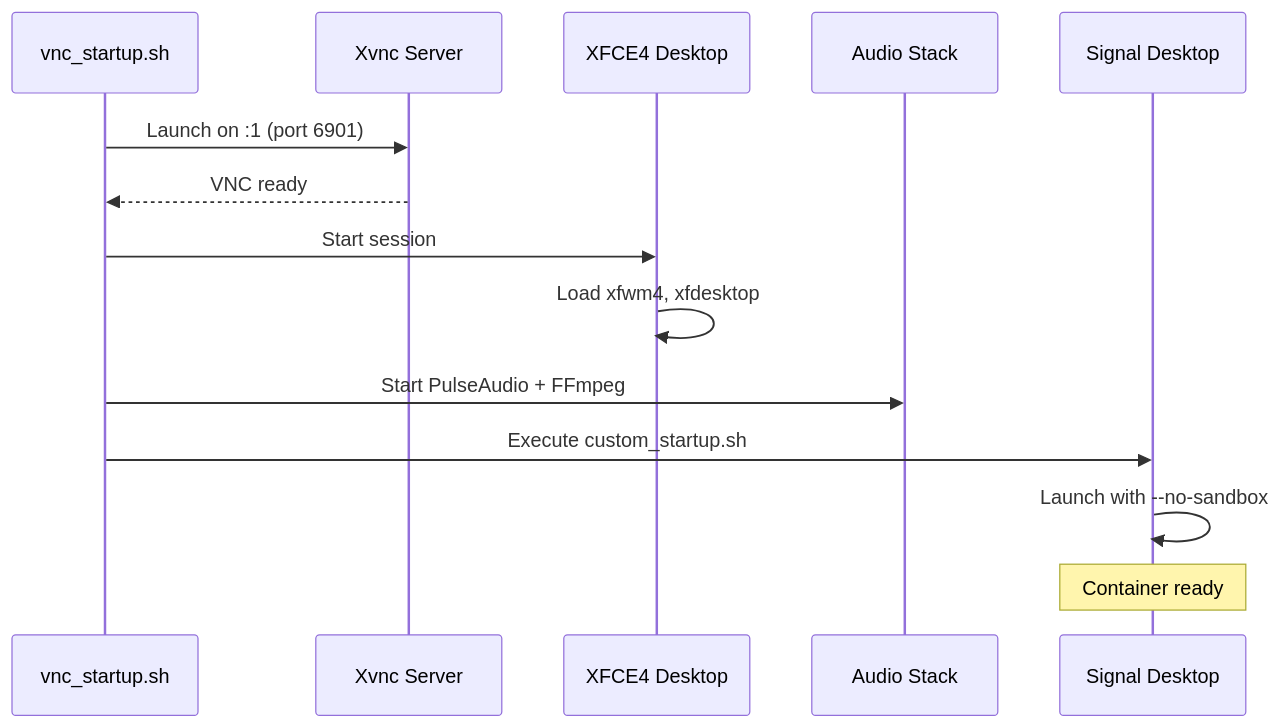
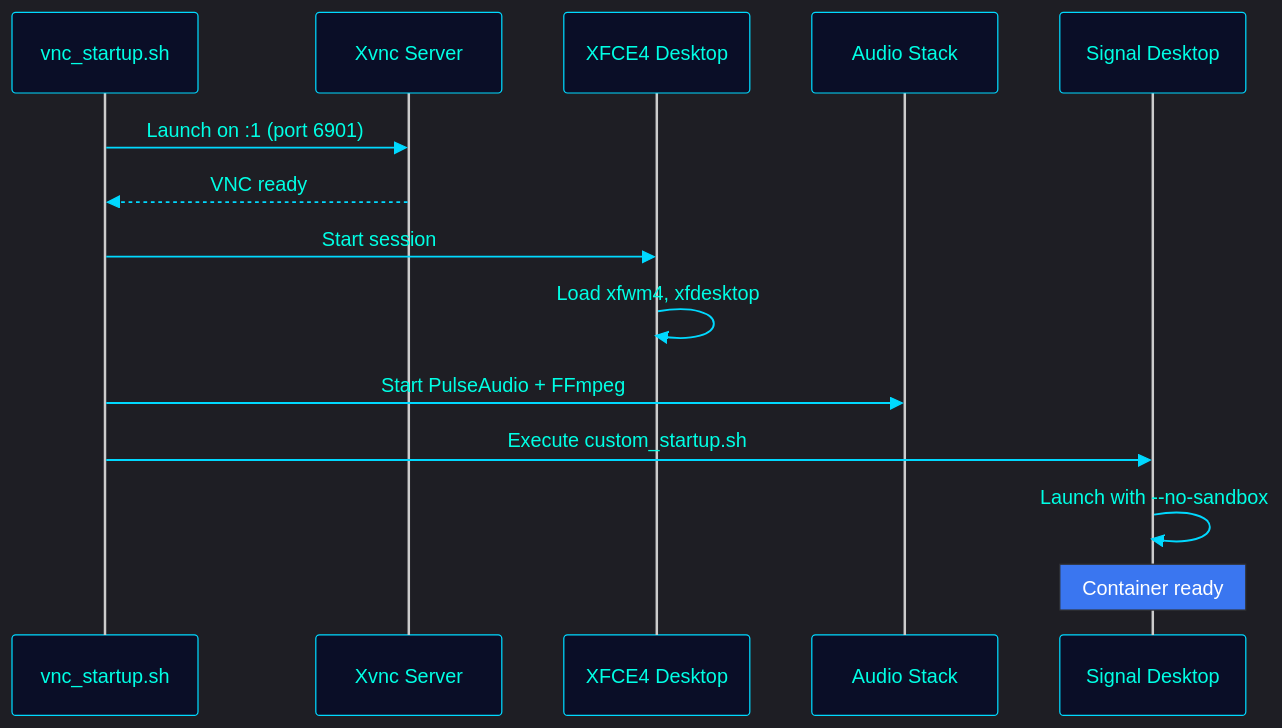
The first of 2 diagrams in docs/architecture/container.md (drengskapur/ghostwire), drawn with Mermaid before and after one commit. The commit also changed other lines of this file and 7 other files, not shown here.

````diff
--- a/docs/architecture/container.md
+++ b/docs/architecture/container.md
@@ -23,17 +23,18 @@
 ```mermaid
+%%{init: {'theme': 'dark', 'themeVariables': { 'actorBkg': '#0A0E27', 'actorTextColor': '#00FFE5', 'actorBorder': '#00D9FF', 'signalColor': '#00D9FF', 'signalTextColor': '#00FFE5', 'labelBoxBkgColor': '#0A0E27', 'labelTextColor': '#00FFE5', 'noteBkgColor': '#3A76F0', 'noteTextColor': '#fff'}}}%%
 sequenceDiagram
     participant Init as vnc_startup.sh
     participant Xvnc as Xvnc Server
     participant XFCE as XFCE4 Desktop
     participant Audio as Audio Stack
     participant Signal as Signal Desktop
 
     Init->>Xvnc: Launch on :1 (port 6901)
     Xvnc-->>Init: VNC ready
     Init->>XFCE: Start session
     XFCE->>XFCE: Load xfwm4, xfdesktop
     Init->>Audio: Start PulseAudio + FFmpeg
     Init->>Signal: Execute custom_startup.sh
     Signal->>Signal: Launch with --no-sandbox
     Note over Signal: Container ready
 ```
````
